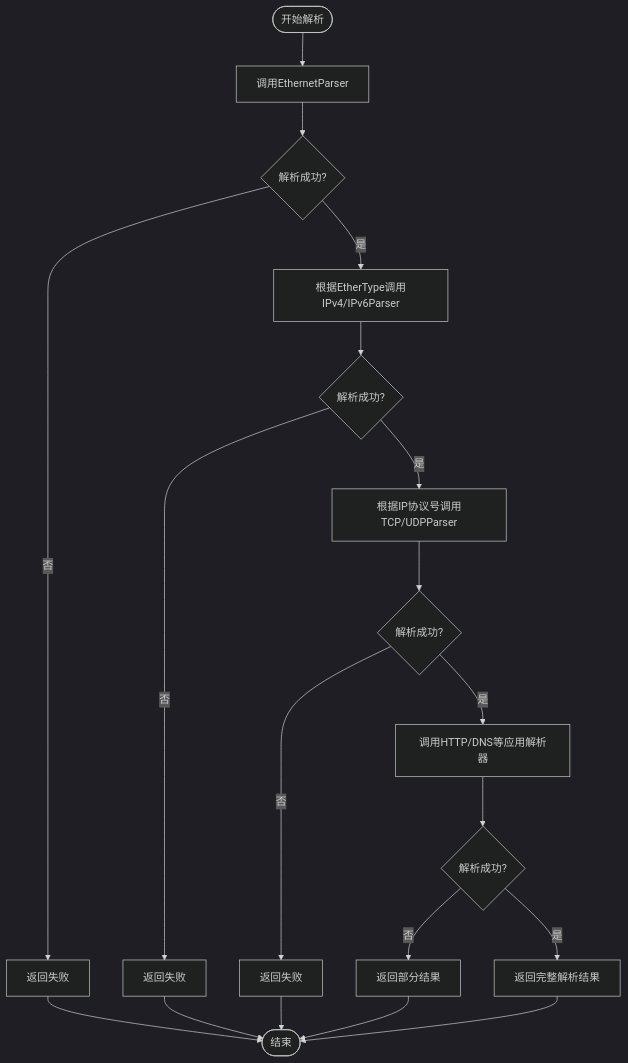
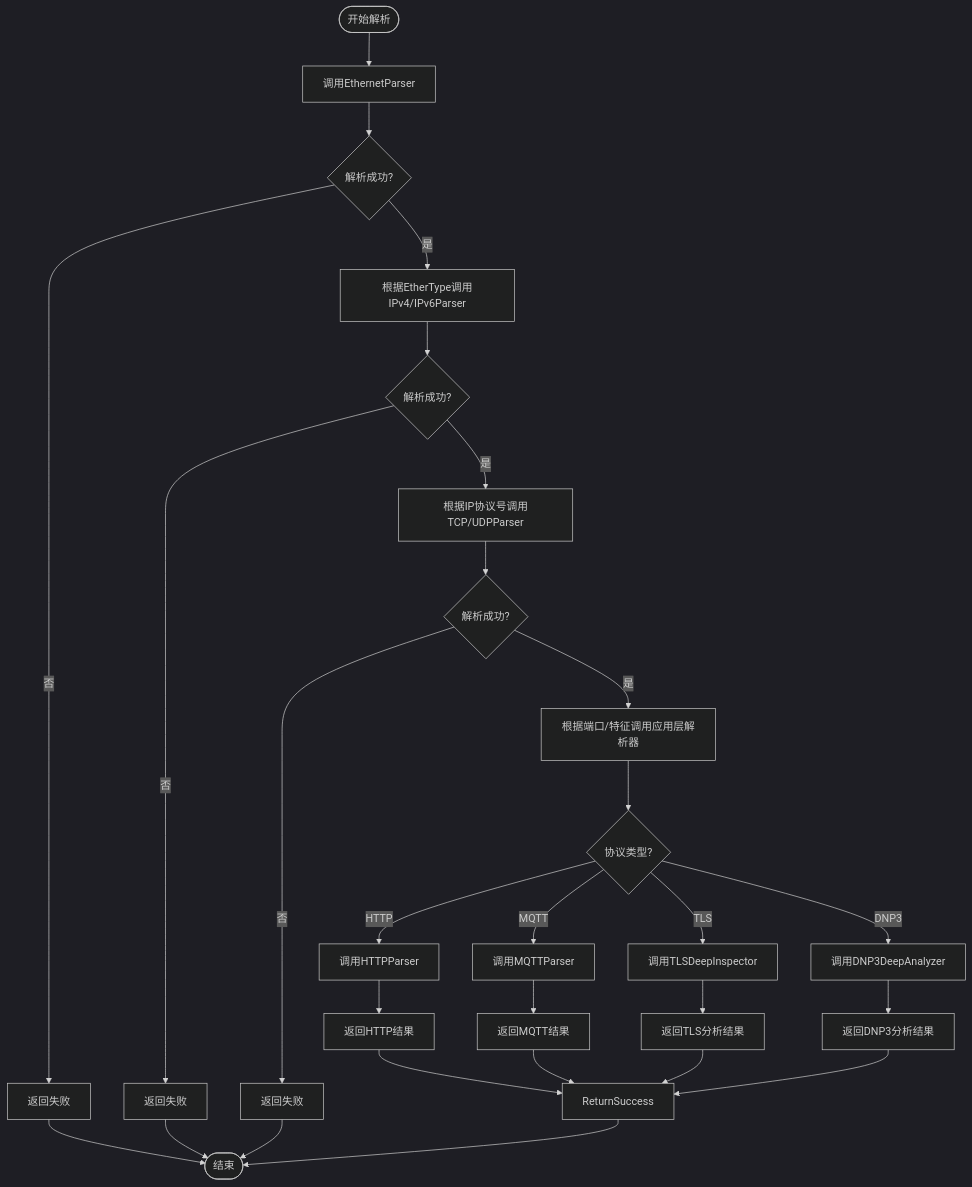
Before and after one commit to jie-798/protocol-parser: the fourth of 4 diagrams in .qoder/repowiki/zh/content/协议解析器参考/协议解析器参考.md, drawn with Mermaid (dark theme). The commit also changed other lines of this file and 31 other files, not shown here.

````diff
--- a/.qoder/repowiki/zh/content/协议解析器参考/协议解析器参考.md
+++ b/.qoder/repowiki/zh/content/协议解析器参考/协议解析器参考.md
@@ -201,21 +264,30 @@
 ```mermaid
 flowchart TD
 Start([开始解析]) --> ParseEthernet["调用EthernetParser"]
 ParseEthernet --> EthernetOK{"解析成功?"}
 EthernetOK --> |否| ReturnFail1["返回失败"]
 EthernetOK --> |是| ParseIP["根据EtherType调用IPv4/IPv6Parser"]
 ParseIP --> IPOK{"解析成功?"}
 IPOK --> |否| ReturnFail2["返回失败"]
 IPOK --> |是| ParseTransport["根据IP协议号调用TCP/UDPParser"]
 ParseTransport --> TransportOK{"解析成功?"}
 TransportOK --> |否| ReturnFail3["返回失败"]
-TransportOK --> |是| ParseApplication["调用HTTP/DNS等应用解析器"]
-ParseApplication --> AppOK{"解析成功?"}
-AppOK --> |否| ReturnPartial["返回部分结果"]
-AppOK --> |是| ReturnSuccess["返回完整解析结果"]
+TransportOK --> |是| ParseApplication["根据端口/特征调用应用层解析器"]
+ParseApplication --> AppType{"协议类型?"}
+AppType --> |HTTP| ParseHTTP["调用HTTPParser"]
+AppType --> |MQTT| ParseMQTT["调用MQTTParser"]
+AppType --> |TLS| ParseTLS["调用TLSDeepInspector"]
+AppType --> |DNP3| ParseDNP3["调用DNP3DeepAnalyzer"]
+ParseHTTP --> HTTPDone["返回HTTP结果"]
+ParseMQTT --> MQTTDone["返回MQTT结果"]
+ParseTLS --> TLSDone["返回TLS分析结果"]
+ParseDNP3 --> DNP3Done["返回DNP3分析结果"]
+HTTPDone --> ReturnSuccess
+MQTTDone --> ReturnSuccess
+TLSDone --> ReturnSuccess
+DNP3Done --> ReturnSuccess
 ReturnSuccess --> End([结束])
 ReturnFail1 --> End
 ReturnFail2 --> End
 ReturnFail3 --> End
-ReturnPartial --> End
 ```
````
